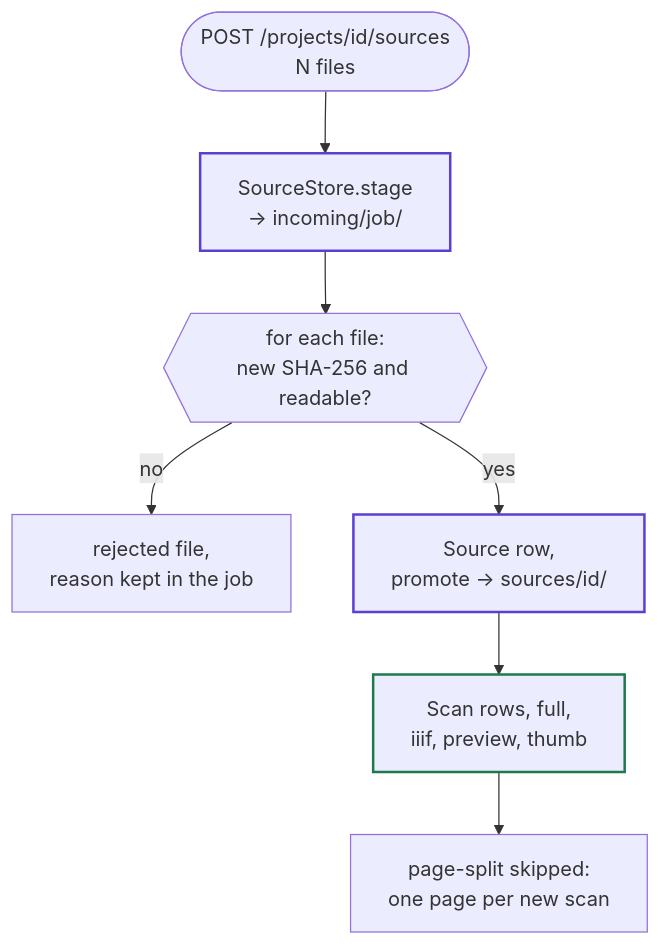
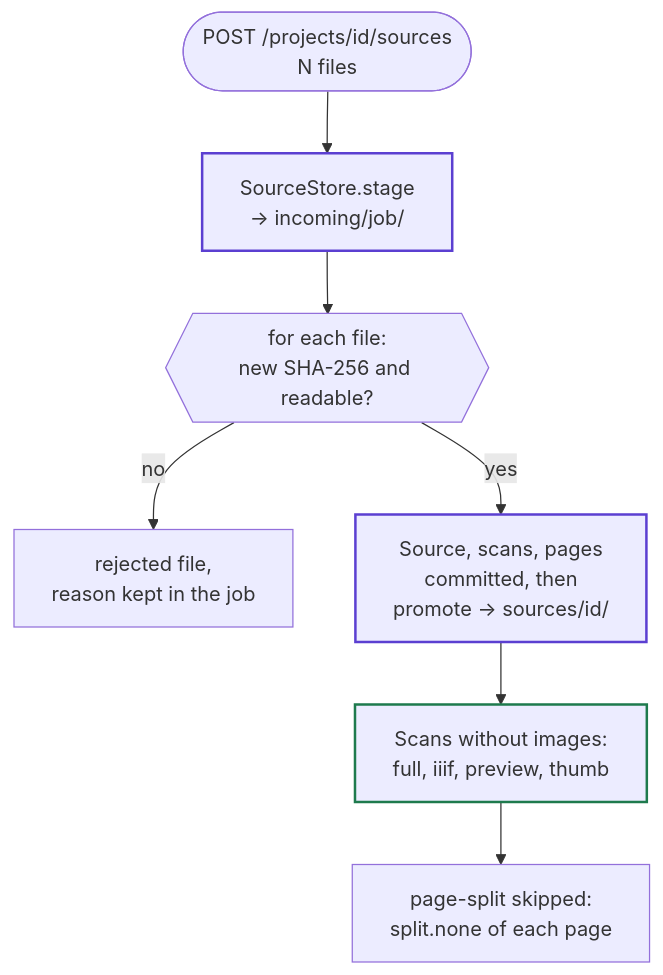
One commit to akhmialeuski/BookReviver changed the eighth of 8 diagrams in docs/architecture.md. Above: the diagram before and after it, drawn with Mermaid. The commit also changed other lines of this file, not shown here.

First line of the commit message:
docs(architecture): describe the import as the code runs it

````diff
--- a/docs/architecture.md
+++ b/docs/architecture.md
@@ -881,12 +891,12 @@
 ```mermaid
 flowchart TD
     U(["POST /projects/id/sources<br/>N files"]) --> St["SourceStore.stage<br/>→ incoming/job/"]
     St --> Ch{{"for each file:<br/>new SHA-256 and readable?"}}
     Ch -- no --> R["rejected file,<br/>reason kept in the job"]
-    Ch -- yes --> S["Source row,<br/>promote → sources/id/"]
-    S --> C["Scan rows, full,<br/>iiif, preview, thumb"]
-    C --> P["page-split skipped:<br/>one page per new scan"]
+    Ch -- yes --> S["Source, scans, pages<br/>committed, then<br/>promote → sources/id/"]
+    S --> C["Scans without images:<br/>full, iiif, preview, thumb"]
+    C --> P["page-split skipped:<br/>split.none of each page"]
     style St stroke:#5b3fd1,stroke-width:2px
     style S stroke:#5b3fd1,stroke-width:2px
     style C stroke:#1e7a4d,stroke-width:2px
 ```
````
